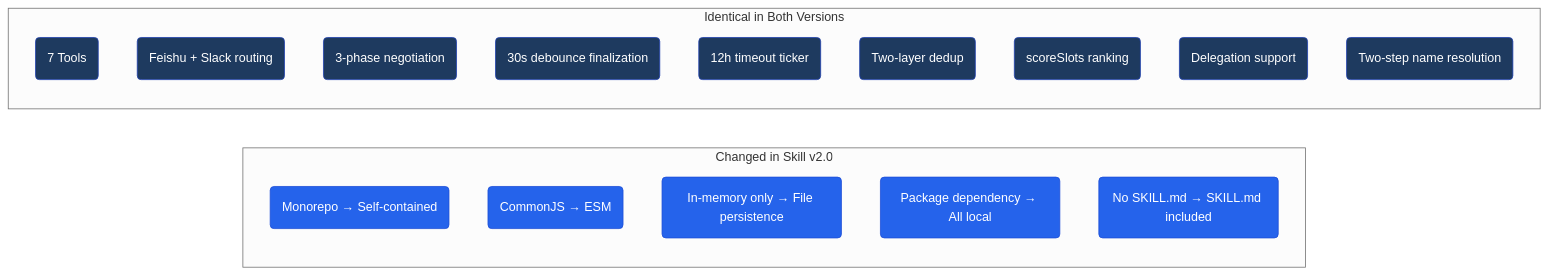
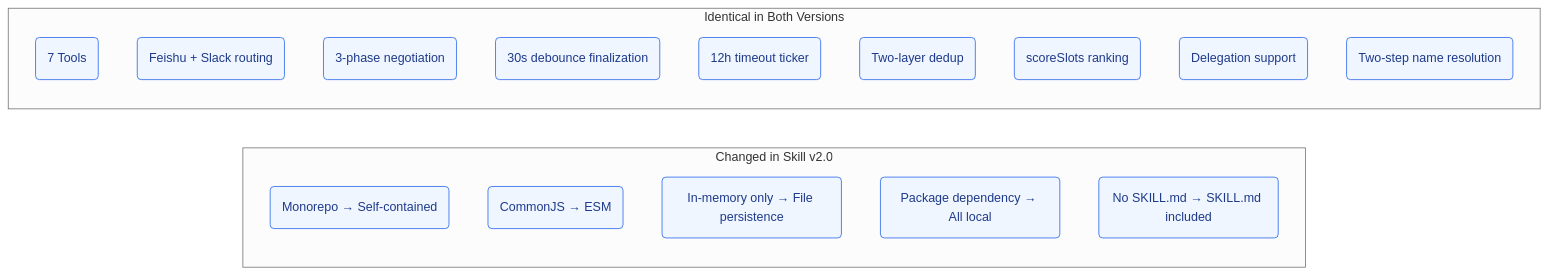
Diagram 13 of 13 in README.md (javana3/claw_meeting_all), drawn with Mermaid (neutral theme) before and after one commit. The commit also changed other lines of this file, not shown here.

````diff
--- a/README.md
+++ b/README.md
@@ -554,37 +554,37 @@
 ```mermaid
 graph LR
     subgraph "Changed in Skill v2.0"
         D1(Monorepo → Self-contained)
         D2(CommonJS → ESM)
         D3(In-memory only → File persistence)
         D4(Package dependency → All local)
         D5(No SKILL.md → SKILL.md included)
     end
 
     subgraph "Identical in Both Versions"
         S1(7 Tools)
         S2(Feishu + Slack routing)
         S3(3-phase negotiation)
         S4(30s debounce finalization)
         S5(12h timeout ticker)
         S6(Two-layer dedup)
         S7(scoreSlots ranking)
         S8(Delegation support)
         S9(Two-step name resolution)
     end
 
-    style D1 fill:#2563eb,stroke:#1d4ed8,color:#fff
-    style D2 fill:#2563eb,stroke:#1d4ed8,color:#fff
-    style D3 fill:#2563eb,stroke:#1d4ed8,color:#fff
-    style D4 fill:#2563eb,stroke:#1d4ed8,color:#fff
-    style D5 fill:#2563eb,stroke:#1d4ed8,color:#fff
-    style S1 fill:#1e3a5f,stroke:#1e40af,color:#fff
-    style S2 fill:#1e3a5f,stroke:#1e40af,color:#fff
-    style S3 fill:#1e3a5f,stroke:#1e40af,color:#fff
-    style S4 fill:#1e3a5f,stroke:#1e40af,color:#fff
-    style S5 fill:#1e3a5f,stroke:#1e40af,color:#fff
-    style S6 fill:#1e3a5f,stroke:#1e40af,color:#fff
-    style S7 fill:#1e3a5f,stroke:#1e40af,color:#fff
-    style S8 fill:#1e3a5f,stroke:#1e40af,color:#fff
-    style S9 fill:#1e3a5f,stroke:#1e40af,color:#fff
+    style D1 fill:#eff6ff,stroke:#2563eb,color:#1e3a8a
+    style D2 fill:#eff6ff,stroke:#2563eb,color:#1e3a8a
+    style D3 fill:#eff6ff,stroke:#2563eb,color:#1e3a8a
+    style D4 fill:#eff6ff,stroke:#2563eb,color:#1e3a8a
+    style D5 fill:#eff6ff,stroke:#2563eb,color:#1e3a8a
+    style S1 fill:#eff6ff,stroke:#2563eb,color:#1e3a8a
+    style S2 fill:#eff6ff,stroke:#2563eb,color:#1e3a8a
+    style S3 fill:#eff6ff,stroke:#2563eb,color:#1e3a8a
+    style S4 fill:#eff6ff,stroke:#2563eb,color:#1e3a8a
+    style S5 fill:#eff6ff,stroke:#2563eb,color:#1e3a8a
+    style S6 fill:#eff6ff,stroke:#2563eb,color:#1e3a8a
+    style S7 fill:#eff6ff,stroke:#2563eb,color:#1e3a8a
+    style S8 fill:#eff6ff,stroke:#2563eb,color:#1e3a8a
+    style S9 fill:#eff6ff,stroke:#2563eb,color:#1e3a8a
 ```
````
